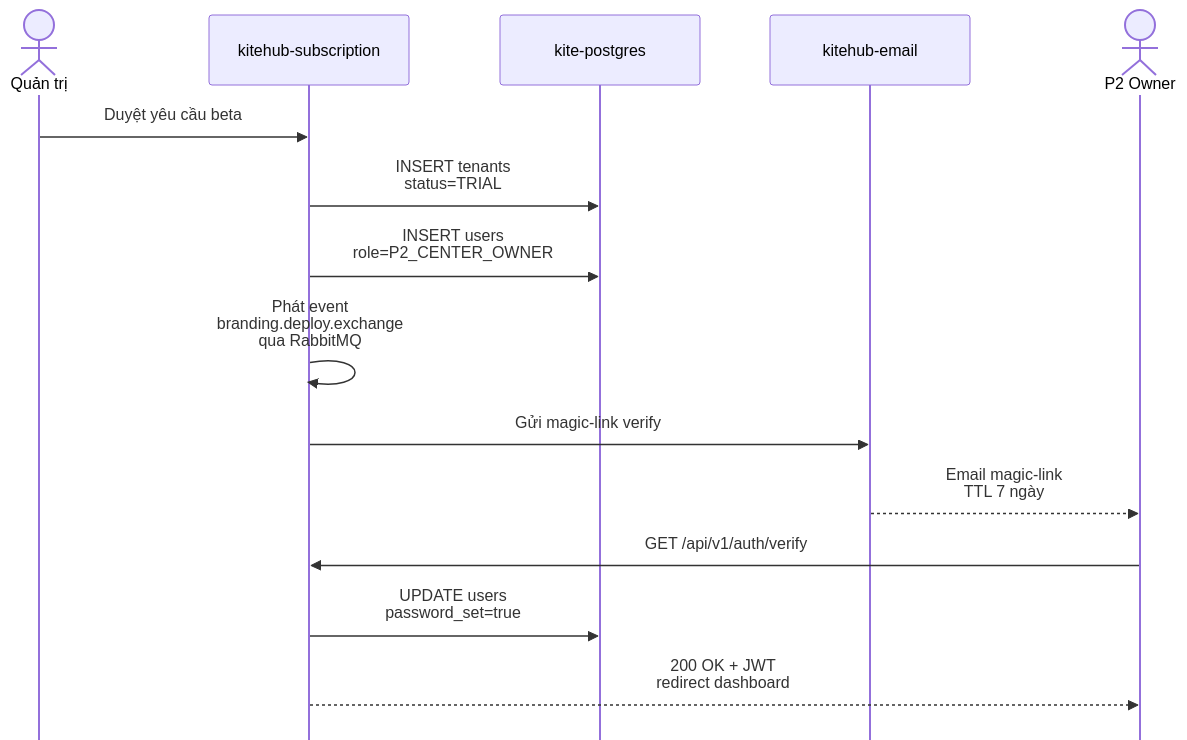
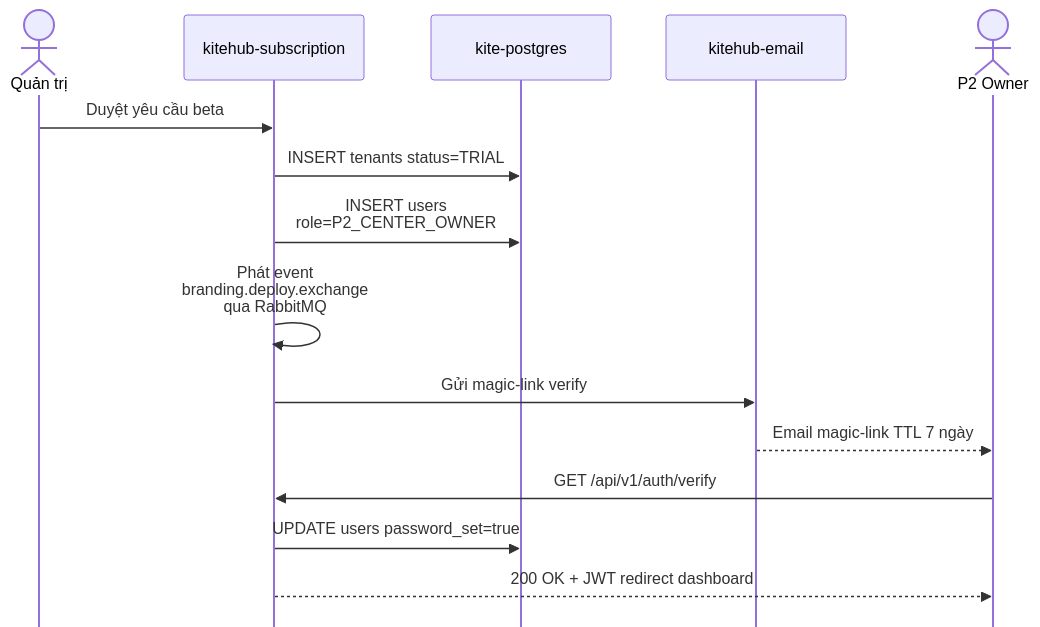
One commit to VictorAurelius/2026-Kite-Class-Platform changed diagram 11 of 12 in documents/08-thesis/chapter-2-system-architecture.md. Above: the diagram before and after it, drawn with Mermaid. The commit also changed other lines of this file and 3 other files, not shown here.

First line of the commit message:
docs(thesis): sweep remaining 11 banned <br/> in sequences + fix vague Terraform version

````diff
--- a/documents/08-thesis/chapter-2-system-architecture.md
+++ b/documents/08-thesis/chapter-2-system-architecture.md
@@ -657,19 +657,19 @@
 ```mermaid
-%%{init: {"sequence": {"diagramMarginX": 50, "diagramMarginY": 25, "actorMargin": 70, "width": 200, "height": 70, "boxMargin": 18, "boxTextMargin": 10, "noteMargin": 15, "messageMargin": 50, "mirrorActors": false}, "themeVariables": {"fontSize": "34px", "messageFontSize": "32px", "noteFontSize": "32px"}}}%%
+%%{init: {"sequence": {"diagramMarginX": 30, "diagramMarginY": 20, "actorMargin": 55, "width": 180, "height": 65, "boxMargin": 14, "boxTextMargin": 8, "noteMargin": 12, "messageMargin": 40, "mirrorActors": false, "wrap": true}, "themeVariables": {"fontSize": "36px", "messageFontSize": "34px", "noteFontSize": "34px"}}}%%
 sequenceDiagram
     actor Admin as Quản trị
     participant API as kitehub-subscription
     participant DB as kite-postgres
     participant Email as kitehub-email
     actor U as P2 Owner
 
     Admin->>API: Duyệt yêu cầu beta
-    API->>DB: INSERT tenants<br/>status=TRIAL
-    API->>DB: INSERT users<br/>role=P2_CENTER_OWNER
-    API->>API: Phát event<br/>branding.deploy.exchange<br/>qua RabbitMQ
+    API->>DB: INSERT tenants status=TRIAL
+    API->>DB: INSERT users role=P2_CENTER_OWNER
+    API->>API: Phát event branding.deploy.exchange qua RabbitMQ
     API->>Email: Gửi magic-link verify
-    Email-->>U: Email magic-link<br/>TTL 7 ngày
+    Email-->>U: Email magic-link TTL 7 ngày
     U->>API: GET /api/v1/auth/verify
-    API->>DB: UPDATE users<br/>password_set=true
-    API-->>U: 200 OK + JWT<br/>redirect dashboard
+    API->>DB: UPDATE users password_set=true
+    API-->>U: 200 OK + JWT redirect dashboard
 ```
````
